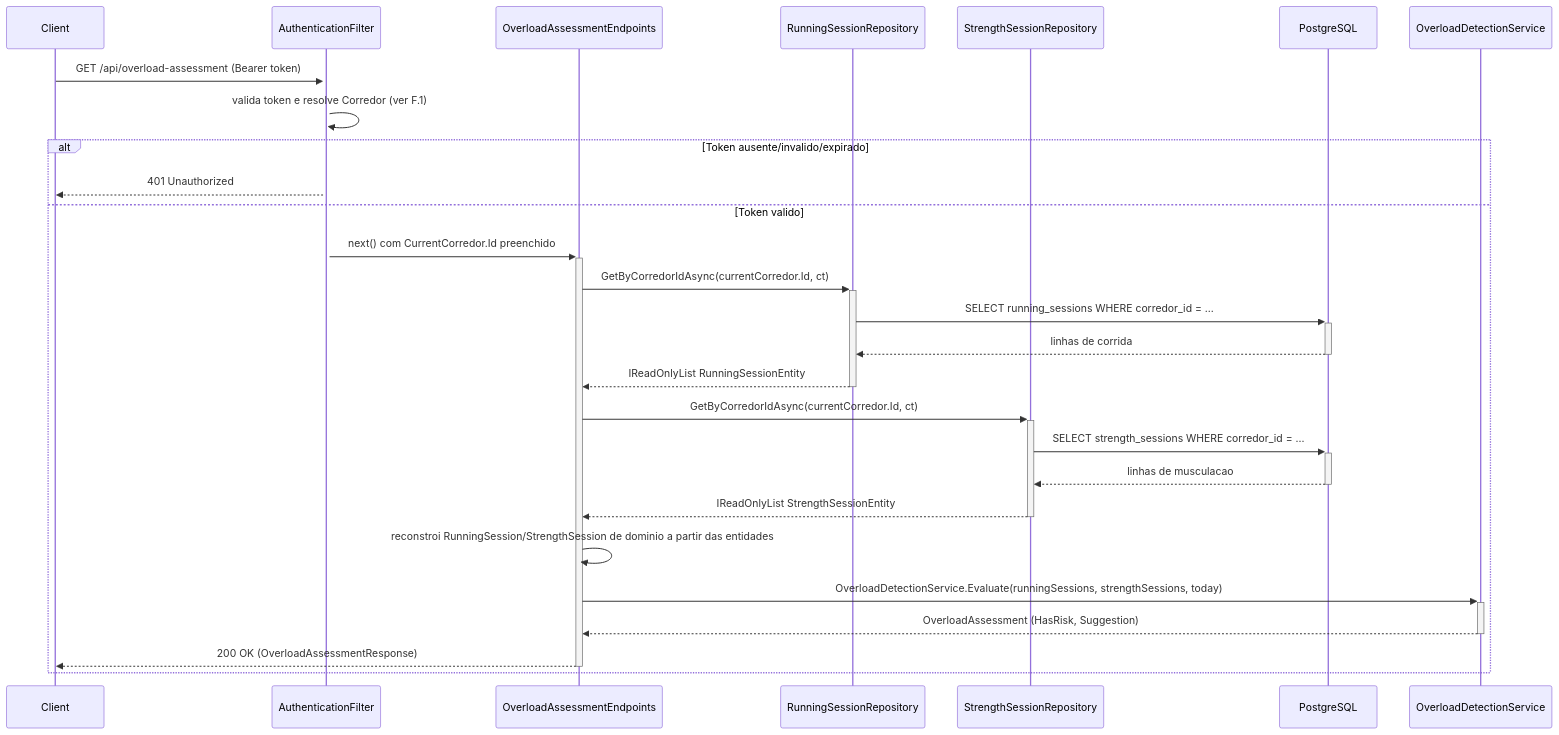
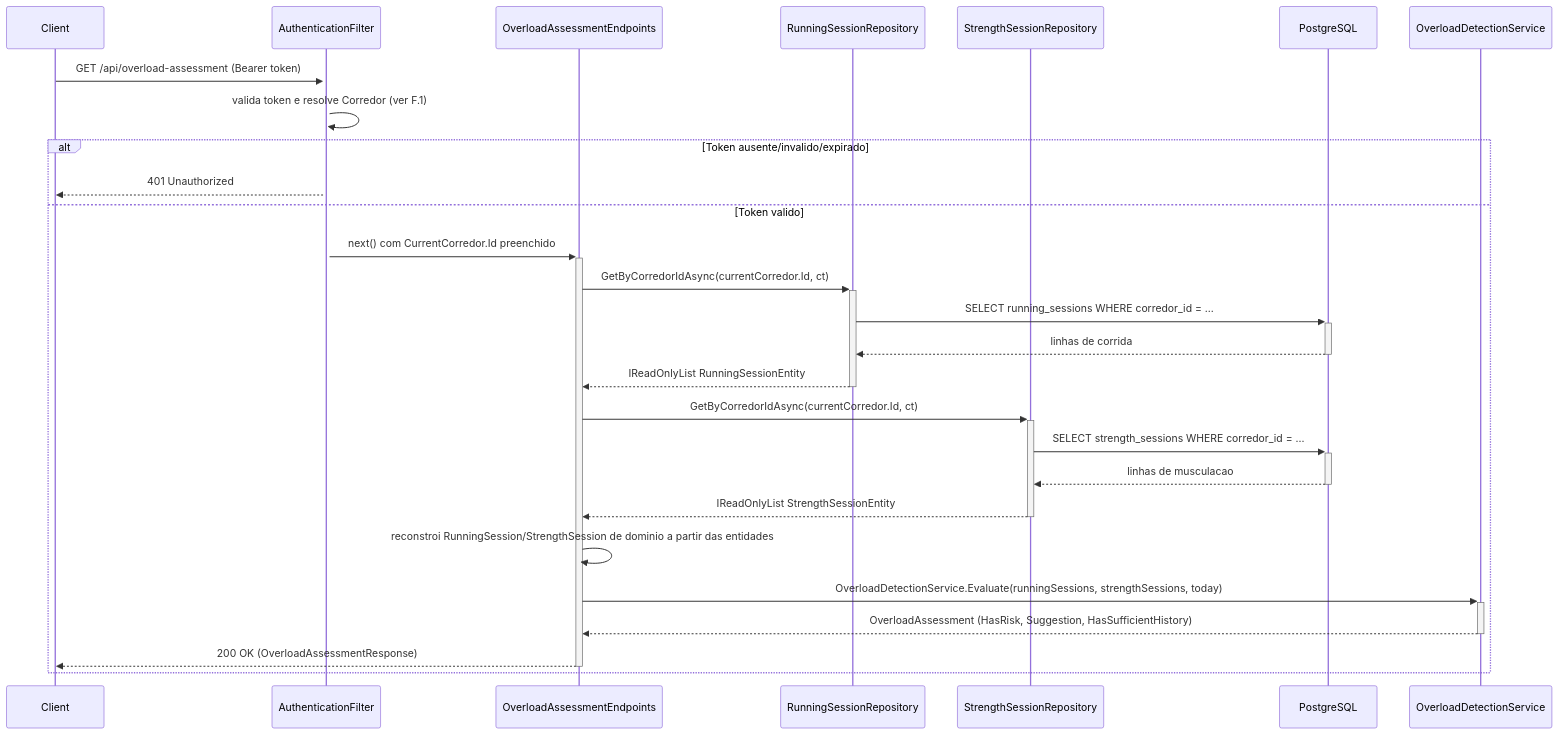
One commit to JoaoFPedro/steady-ia changed the diagram in DocumentAIReadme/Steady.Api/DevDocs/OverloadAssessmentEndpoints-Sobrecarga-DevDocs.md. Above: the diagram before and after it, drawn with Mermaid. The commit also changed other lines of this file and 28 other files, not shown here.

````diff
--- a/DocumentAIReadme/Steady.Api/DevDocs/OverloadAssessmentEndpoints-Sobrecarga-DevDocs.md
+++ b/DocumentAIReadme/Steady.Api/DevDocs/OverloadAssessmentEndpoints-Sobrecarga-DevDocs.md
@@ -63,30 +85,30 @@
 ```mermaid
 sequenceDiagram
     participant Client
     participant AuthenticationFilter
     participant Endpoint as OverloadAssessmentEndpoints
     participant RunningRepo as RunningSessionRepository
     participant StrengthRepo as StrengthSessionRepository
     participant Database as PostgreSQL
     participant Domain as OverloadDetectionService
 
     Client->>+AuthenticationFilter: GET /api/overload-assessment (Bearer token)
     AuthenticationFilter->>AuthenticationFilter: valida token e resolve Corredor (ver F.1)
     alt Token ausente/invalido/expirado
         AuthenticationFilter-->>Client: 401 Unauthorized
     else Token valido
         AuthenticationFilter->>+Endpoint: next() com CurrentCorredor.Id preenchido
         Endpoint->>+RunningRepo: GetByCorredorIdAsync(currentCorredor.Id, ct)
         RunningRepo->>+Database: SELECT running_sessions WHERE corredor_id = ...
         Database-->>-RunningRepo: linhas de corrida
         RunningRepo-->>-Endpoint: IReadOnlyList RunningSessionEntity
         Endpoint->>+StrengthRepo: GetByCorredorIdAsync(currentCorredor.Id, ct)
         StrengthRepo->>+Database: SELECT strength_sessions WHERE corredor_id = ...
         Database-->>-StrengthRepo: linhas de musculacao
         StrengthRepo-->>-Endpoint: IReadOnlyList StrengthSessionEntity
         Endpoint->>Endpoint: reconstroi RunningSession/StrengthSession de dominio a partir das entidades
         Endpoint->>+Domain: OverloadDetectionService.Evaluate(runningSessions, strengthSessions, today)
-        Domain-->>-Endpoint: OverloadAssessment (HasRisk, Suggestion)
+        Domain-->>-Endpoint: OverloadAssessment (HasRisk, Suggestion, HasSufficientHistory)
         Endpoint-->>-Client: 200 OK (OverloadAssessmentResponse)
     end
 ```
````
